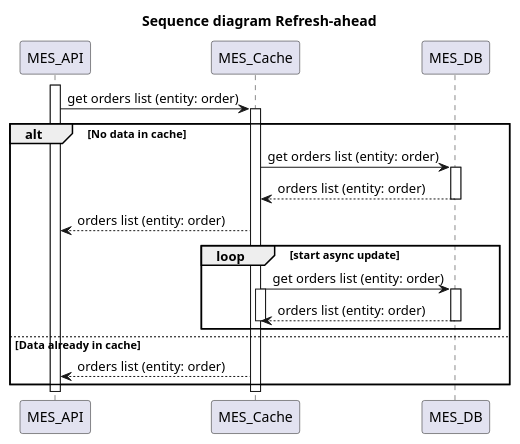
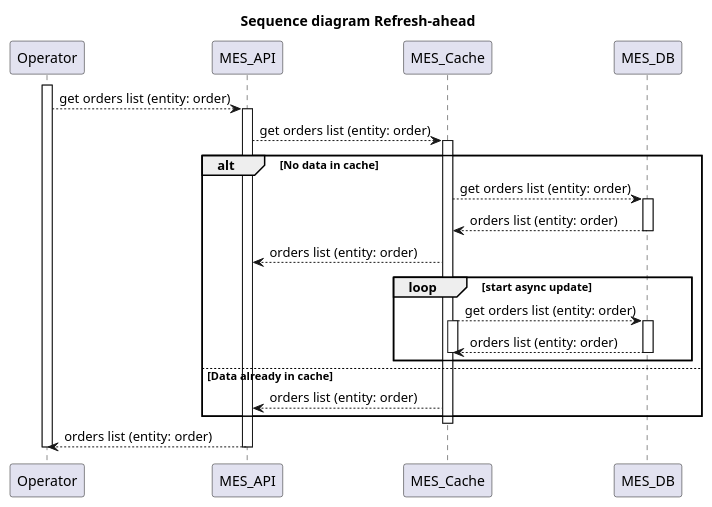
Before and after one commit to zalivochkin/architecture-sprint-4: the diagram in Exc5/refresh-ahead.puml, drawn with PlantUML.

```diff
--- a/Exc5/refresh-ahead.puml
+++ b/Exc5/refresh-ahead.puml
@@ -1,33 +1,38 @@
 @startuml
 title Sequence diagram Refresh-ahead
 
+participant Operator
 participant MES_API
 participant MES_Cache
 participant MES_DB
 
+activate Operator
+Operator --> MES_API: get orders list (entity: order)
 activate MES_API
 
-MES_API -> MES_Cache: get orders list (entity: order)
+MES_API --> MES_Cache: get orders list (entity: order)
 activate MES_Cache
 alt No data in cache
-    MES_Cache -> MES_DB: get orders list (entity: order)
+    MES_Cache --> MES_DB: get orders list (entity: order)
     activate MES_DB
     MES_DB --> MES_Cache: orders list (entity: order)
     deactivate MES_DB
     MES_Cache --> MES_API: orders list (entity: order)
     loop start async update
-        MES_Cache -> MES_DB: get orders list (entity: order)
+        MES_Cache --> MES_DB: get orders list (entity: order)
         activate MES_Cache
         activate MES_DB
         MES_DB --> MES_Cache: orders list (entity: order)
         deactivate MES_DB
         deactivate MES_Cache
     end
 else Data already in cache
     MES_Cache --> MES_API: orders list (entity: order)
 end
 deactivate MES_Cache
 
+MES_API --> Operator: orders list (entity: order)
 deactivate MES_API
+deactivate Operator
 
 @enduml
```
